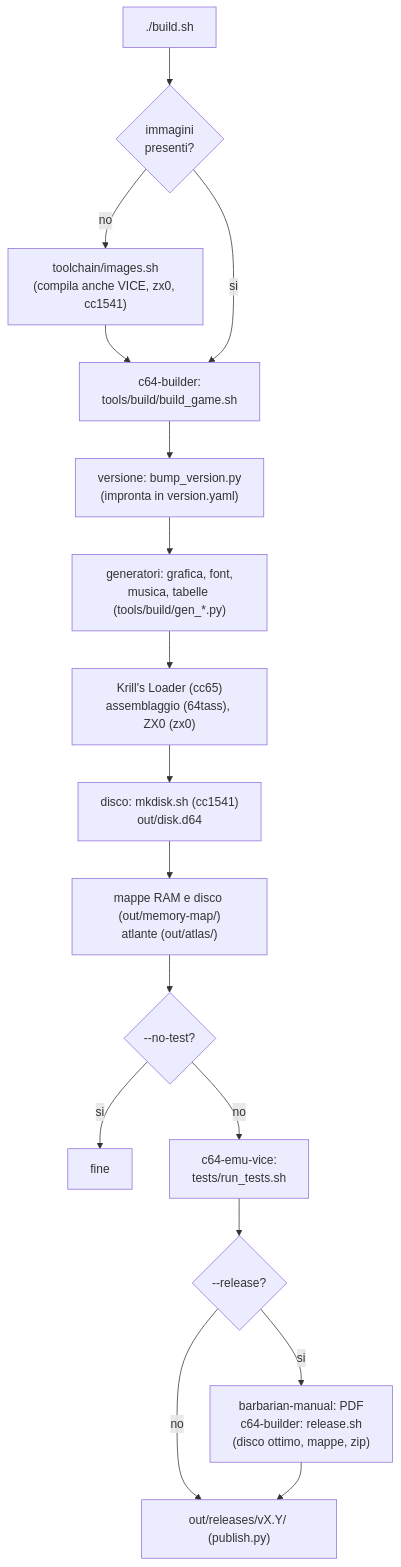
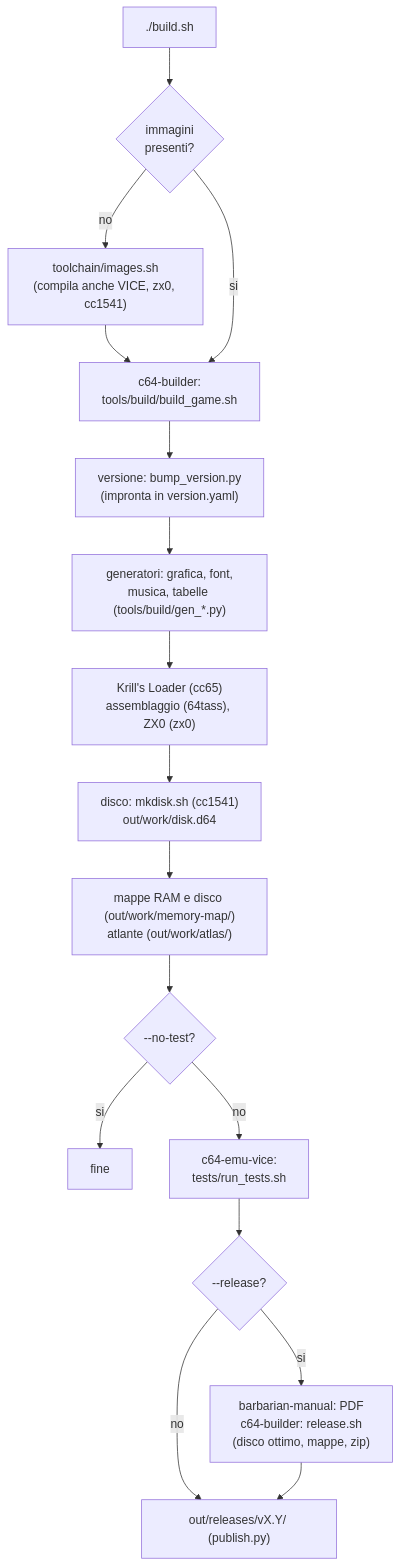
The second of 3 diagrams in docs/getting-started.md (caporalesimone/barbarian-the-blood-path), drawn with Mermaid before and after one commit. The commit also changed other lines of this file and 121 other files, not shown here.

First line of the commit message:
Build: intermedi in out/work/, cache in out/cache/ (v1.244)

````diff
--- a/docs/getting-started.md
+++ b/docs/getting-started.md
@@ -97,17 +97,17 @@
 ```mermaid
 flowchart TD
   A["./build.sh"] --> C{"immagini<br/>presenti?"}
   C -->|no| D["toolchain/images.sh<br/>(compila anche VICE, zx0, cc1541)"] --> E
   C -->|si| E["c64-builder:<br/>tools/build/build_game.sh"]
   E --> E1["versione: bump_version.py<br/>(impronta in version.yaml)"]
   E1 --> E2["generatori: grafica, font,<br/>musica, tabelle (tools/build/gen_*.py)"]
   E2 --> E3["Krill's Loader (cc65)<br/>assemblaggio (64tass), ZX0 (zx0)"]
-  E3 --> E4["disco: mkdisk.sh (cc1541)<br/>out/disk.d64"]
-  E4 --> E5["mappe RAM e disco (out/memory-map/)<br/>atlante (out/atlas/)"]
+  E3 --> E4["disco: mkdisk.sh (cc1541)<br/>out/work/disk.d64"]
+  E4 --> E5["mappe RAM e disco (out/work/memory-map/)<br/>atlante (out/work/atlas/)"]
   E5 --> F{"--no-test?"}
   F -->|si| Z["fine"]
   F -->|no| G["c64-emu-vice:<br/>tests/run_tests.sh"]
   G --> H{"--release?"}
   H -->|no| Y["out/releases/vX.Y/ (publish.py)"]
   H -->|si| I["barbarian-manual: PDF<br/>c64-builder: release.sh<br/>(disco ottimo, mappe, zip)"] --> Y
 ```
````
